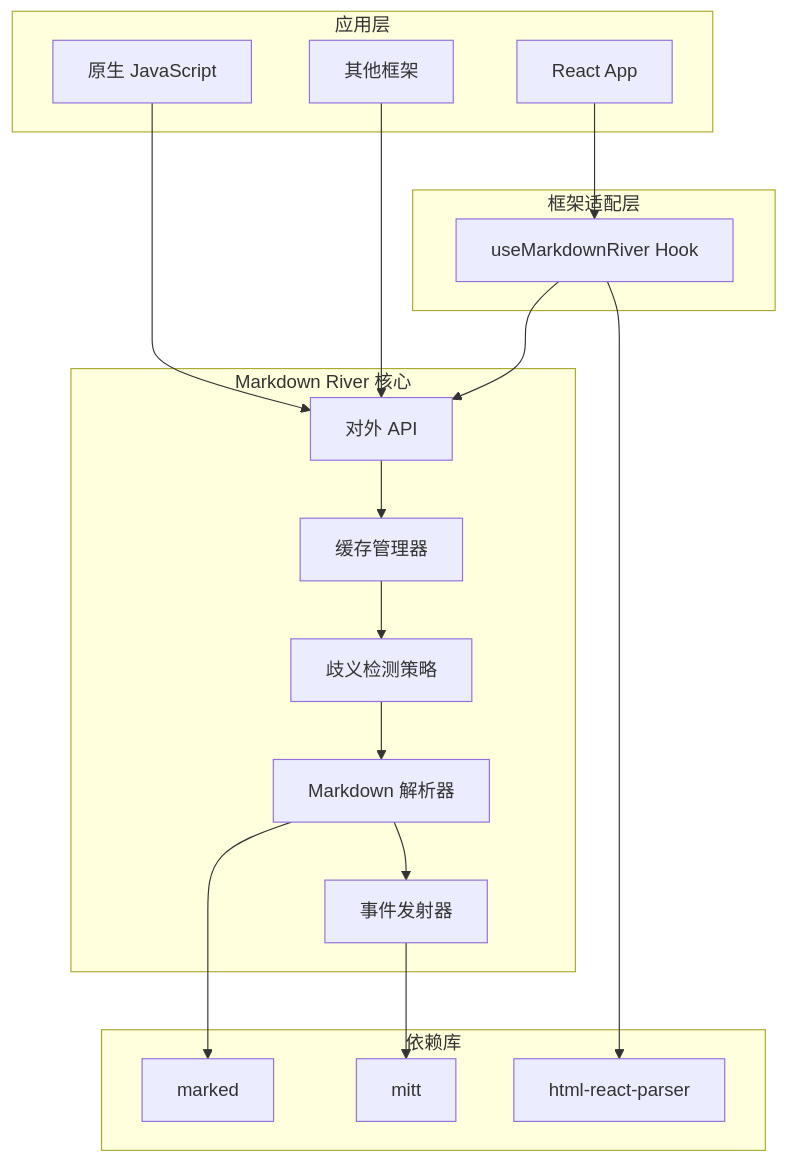
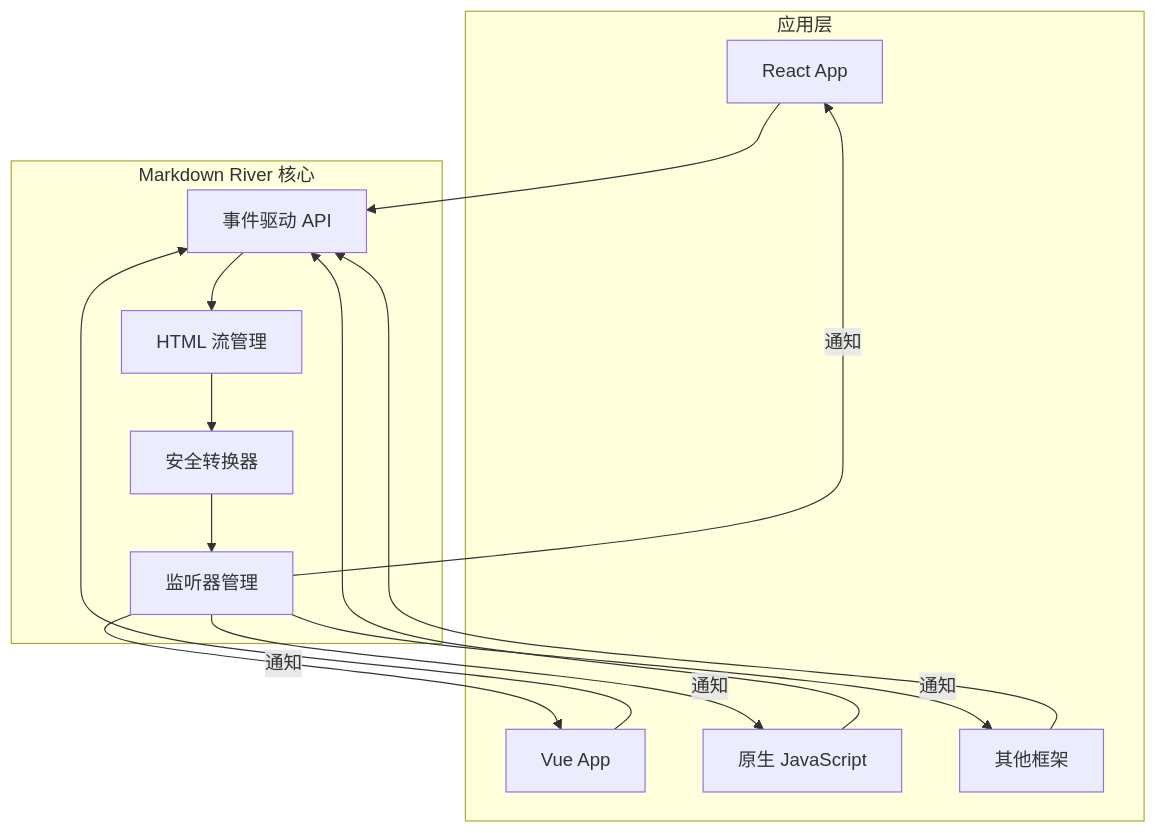
Before and after one commit to yarnovo/markdown-river: the first of 3 diagrams in ARCHITECTURE.md, drawn with Mermaid. The commit also changed other lines of this file and 26 other files, not shown here.

Commit message:
feat: 更新 ARCHITECTURE.md 文档，调整设计理念和核心目标，强调 Markdown River 在安全 HTML 流式渲染中的优势。同时，新增部署指南文档，详细说明 CI/CD 流程和手动发布步骤，提升项目的可维护性和用户体验。重构 demo 页面，采用 Vite 和 Tailwind CSS 优化样式和性能，确保流畅的演示效果。

````diff
--- a/ARCHITECTURE.md
+++ b/ARCHITECTURE.md
@@ -27,41 +27,29 @@
 ```mermaid
 graph TB
     subgraph "应用层"
         A1[React App]
-        A2[原生 JavaScript]
-        A3[其他框架]
-    end
-
-    subgraph "框架适配层"
-        D1[useMarkdownRiver Hook]
+        A2[Vue App]
+        A3[原生 JavaScript]
+        A4[其他框架]
     end
 
     subgraph "Markdown River 核心"
-        B1[对外 API]
-        B2[缓存管理器]
-        B3[歧义检测策略]
-        B4[Markdown 解析器]
-        B5[事件发射器]
+        B1[事件驱动 API]
+        B2[HTML 流管理]
+        B3[安全转换器]
+        B4[监听器管理]
     end
 
-    subgraph "依赖库"
-        C1[marked]
-        C2[mitt]
-        C3[html-react-parser]
-    end
-
-    A1 --> D1
+    A1 --> B1
     A2 --> B1
     A3 --> B1
-
-    D1 --> B1
-    D1 --> C3
+    A4 --> B1
 
     B1 --> B2
     B2 --> B3
     B3 --> B4
-    B4 --> B5
-
-    B4 --> C1
-    B5 --> C2
+    B4 -->|通知| A1
+    B4 -->|通知| A2
+    B4 -->|通知| A3
+    B4 -->|通知| A4
 ```
````
